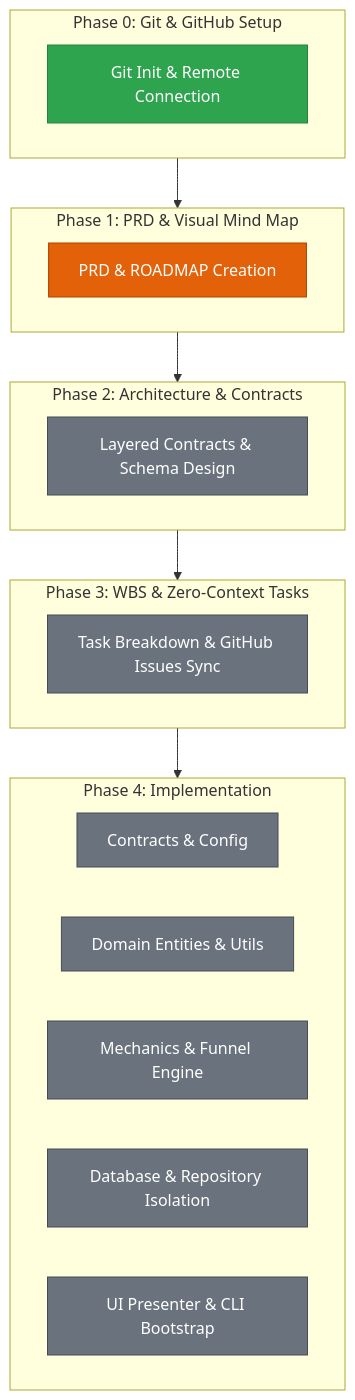
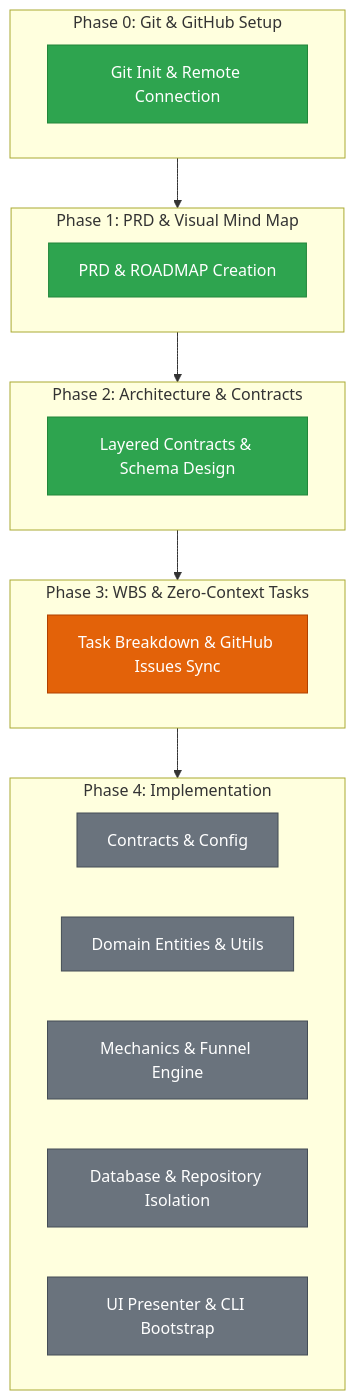
Before and after one commit to Armin-MA/oss-architect-scout: the second of 2 diagrams in specs/ROADMAP.md, drawn with Mermaid. The commit also changed other lines of this file and 1 other file, not shown here.

Commit message:
docs(specs): finalize architecture and contracts at Gate 2

````diff
--- a/specs/ROADMAP.md
+++ b/specs/ROADMAP.md
@@ -44,32 +44,32 @@
 ```mermaid
 flowchart TD
     classDef done fill:#2ea44f,stroke:#22863a,color:#fff
     classDef active fill:#e36209,stroke:#b04100,color:#fff
     classDef pending fill:#6a737d,stroke:#444d56,color:#fff
 
     subgraph Phase0["Phase 0: Git & GitHub Setup"]
         P0["Git Init & Remote Connection"]:::done
     end
 
     subgraph Phase1["Phase 1: PRD & Visual Mind Map"]
-        P1["PRD & ROADMAP Creation"]:::active
+        P1["PRD & ROADMAP Creation"]:::done
     end
 
     subgraph Phase2["Phase 2: Architecture & Contracts"]
-        P2["Layered Contracts & Schema Design"]:::pending
+        P2["Layered Contracts & Schema Design"]:::done
     end
 
     subgraph Phase3["Phase 3: WBS & Zero-Context Tasks"]
-        P3["Task Breakdown & GitHub Issues Sync"]:::pending
+        P3["Task Breakdown & GitHub Issues Sync"]:::active
     end
 
     subgraph Phase4["Phase 4: Implementation"]
         T1["Contracts & Config"]:::pending
         T2["Domain Entities & Utils"]:::pending
         T3["Mechanics & Funnel Engine"]:::pending
         T4["Database & Repository Isolation"]:::pending
         T5["UI Presenter & CLI Bootstrap"]:::pending
     end
 
     Phase0 --> Phase1 --> Phase2 --> Phase3 --> Phase4
 ```
````
